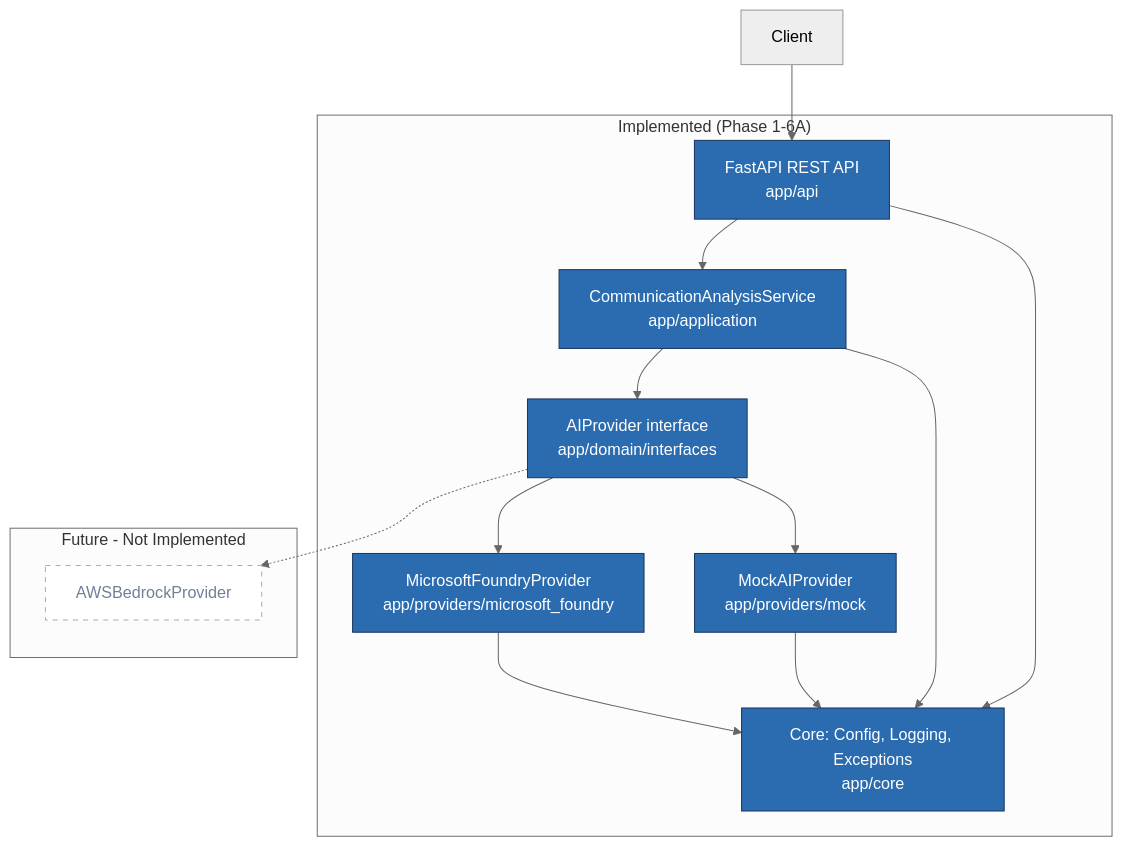
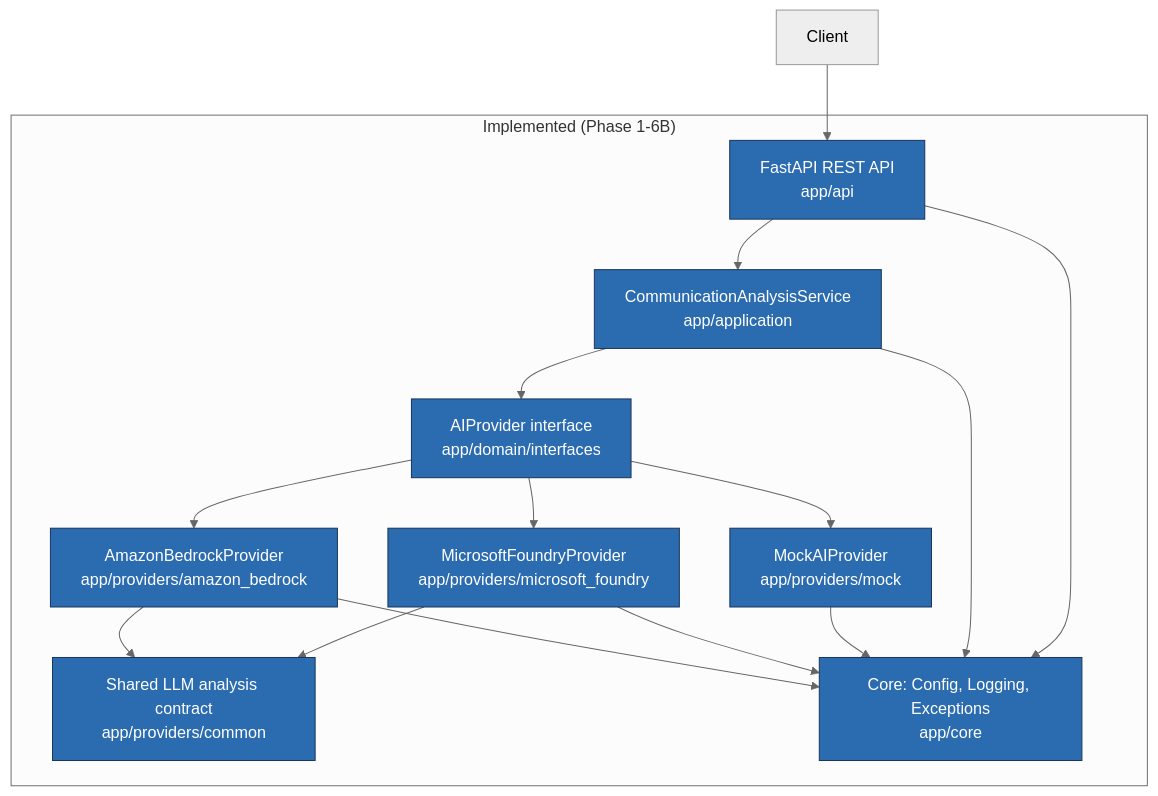
The diagram in docs/diagrams/architecture.mmd (Susanta2025-lab/enterprise-communication-intelligence), drawn with Mermaid (neutral theme) before and after one commit. The commit also changed 47 other files, not shown here.

Commit message:
feat: integrate Amazon Bedrock provider

```diff
--- a/docs/diagrams/architecture.mmd
+++ b/docs/diagrams/architecture.mmd
@@ -1,32 +1,31 @@
 graph TB
     Client[Client]
 
-    subgraph Implemented["Implemented (Phase 1-6A)"]
+    subgraph Implemented["Implemented (Phase 1-6B)"]
         API["FastAPI REST API<br/>app/api"]
         App["CommunicationAnalysisService<br/>app/application"]
         Iface["AIProvider interface<br/>app/domain/interfaces"]
         Mock["MockAIProvider<br/>app/providers/mock"]
         Foundry["MicrosoftFoundryProvider<br/>app/providers/microsoft_foundry"]
+        Bedrock["AmazonBedrockProvider<br/>app/providers/amazon_bedrock"]
+        Common["Shared LLM analysis contract<br/>app/providers/common"]
         Core["Core: Config, Logging, Exceptions<br/>app/core"]
-    end
-
-    subgraph Future["Future - Not Implemented"]
-        AWS["AWSBedrockProvider"]
     end
 
     Client --> API
     API --> App
     App --> Iface
     Iface --> Mock
     Iface --> Foundry
-    Iface -.-> AWS
+    Iface --> Bedrock
+    Foundry --> Common
+    Bedrock --> Common
     API --> Core
     App --> Core
     Mock --> Core
     Foundry --> Core
+    Bedrock --> Core
 
     classDef implemented fill:#2b6cb0,color:#fff,stroke:#1a365d,stroke-width:1px
-    classDef future fill:#ffffff,color:#718096,stroke:#a0aec0,stroke-width:1px,stroke-dasharray: 5 5
 
-    class API,App,Iface,Mock,Foundry,Core implemented
-    class AWS future
+    class API,App,Iface,Mock,Foundry,Bedrock,Common,Core implemented
```
